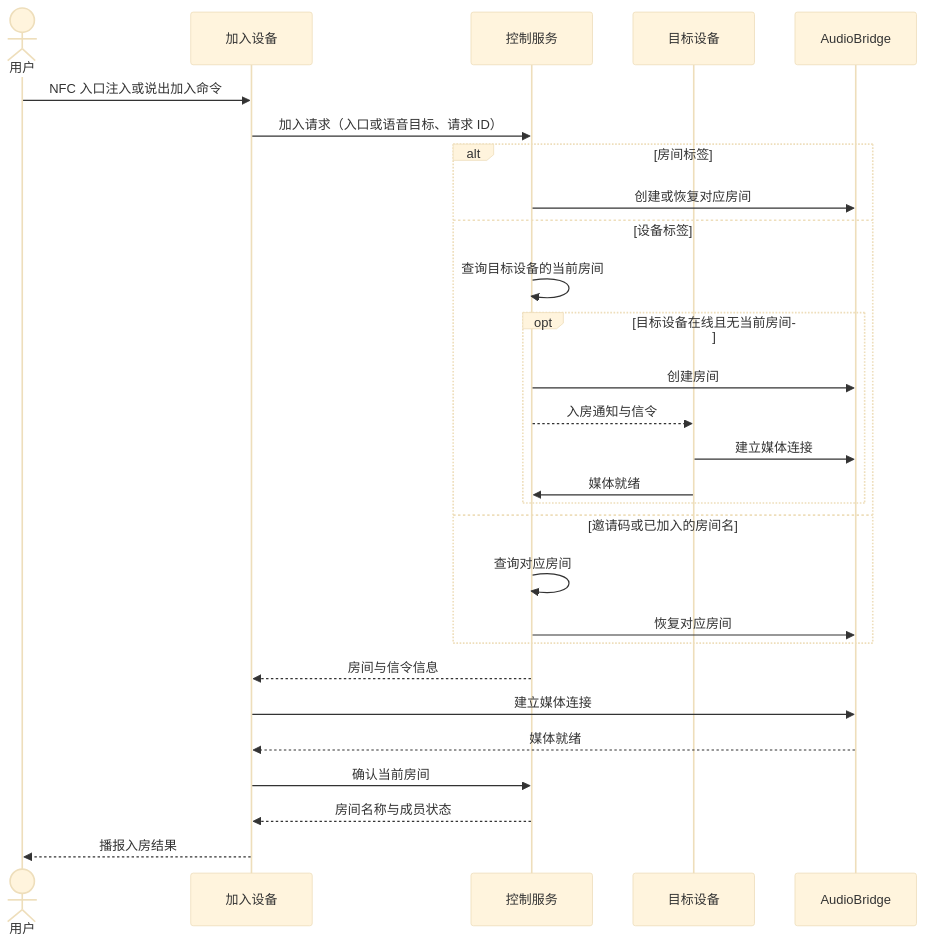
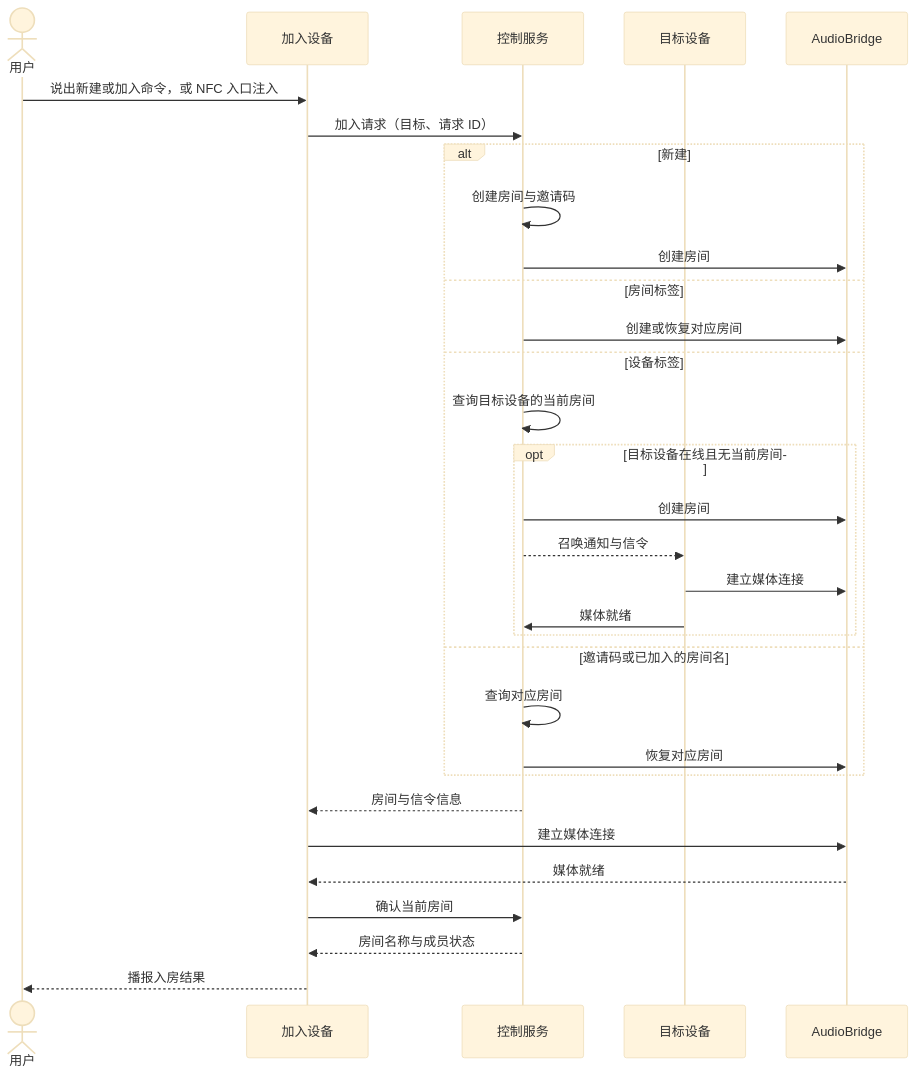
One commit to Shi1xin/linx-intercom changed the third of 7 diagrams in docs/architecture-design.md. Above: the diagram before and after it, drawn with Mermaid (base theme). The commit also changed other lines of this file and 1 other file, not shown here.

````diff
--- a/docs/architecture-design.md
+++ b/docs/architecture-design.md
@@ -86,30 +132,33 @@
 ```mermaid
 sequenceDiagram
     actor U as 用户
     participant D as 加入设备
     participant C as 控制服务
     participant P as 目标设备
     participant J as AudioBridge
-    U->>D: NFC 入口注入或说出加入命令
-    D->>C: 加入请求（入口或语音目标、请求 ID）
-    alt 房间标签
+    U->>D: 说出新建或加入命令，或 NFC 入口注入
+    D->>C: 加入请求（目标、请求 ID）
+    alt 新建
+        C->>C: 创建房间与邀请码
+        C->>J: 创建房间
+    else 房间标签
         C->>J: 创建或恢复对应房间
     else 设备标签
         C->>C: 查询目标设备的当前房间
         opt 目标设备在线且无当前房间
             C->>J: 创建房间
-            C-->>P: 入房通知与信令
+            C-->>P: 召唤通知与信令
             P->>J: 建立媒体连接
             P->>C: 媒体就绪
         end
     else 邀请码或已加入的房间名
         C->>C: 查询对应房间
         C->>J: 恢复对应房间
     end
     C-->>D: 房间与信令信息
     D->>J: 建立媒体连接
     J-->>D: 媒体就绪
     D->>C: 确认当前房间
     C-->>D: 房间名称与成员状态
     D-->>U: 播报入房结果
 ```
````
